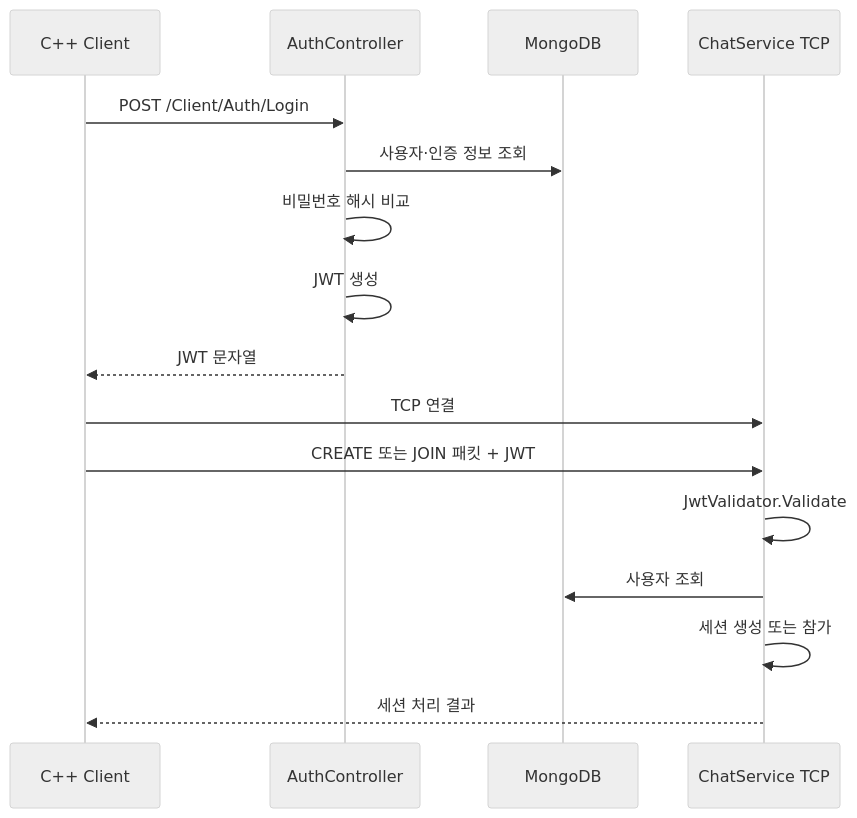
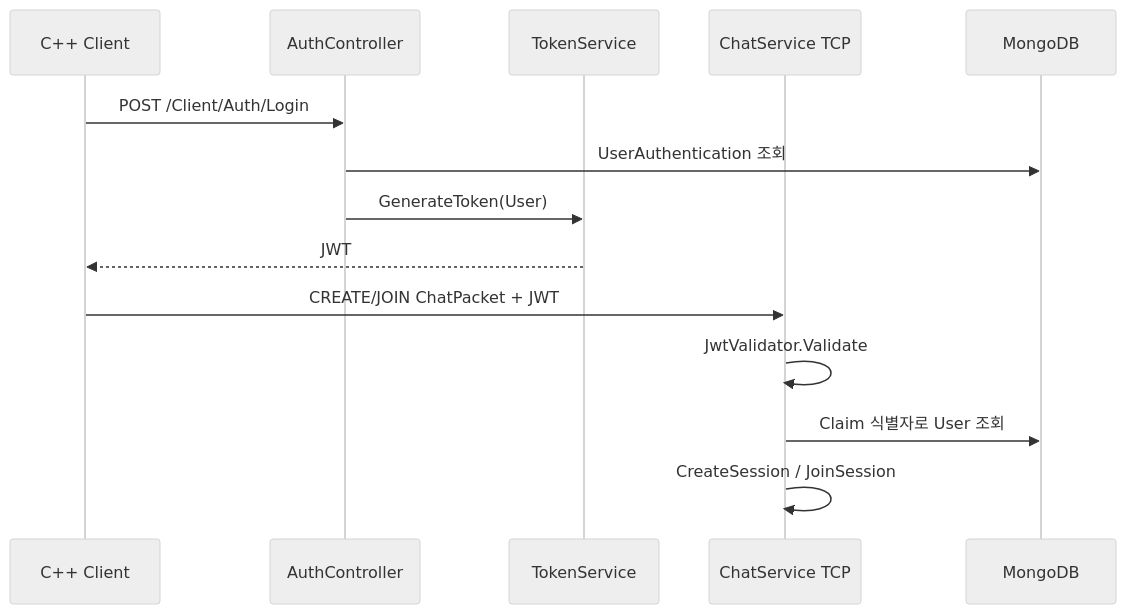
One commit to Jaehyeok-Soh/Jaehyeok-Soh.github.io changed the diagram in _posts/2026-06-24-elden-ring-network-auth.md. Above: the diagram before and after it, drawn with Mermaid (neutral theme). The commit also changed other lines of this file and 13 other files, not shown here.

````diff
--- a/_posts/2026-06-24-elden-ring-network-auth.md
+++ b/_posts/2026-06-24-elden-ring-network-auth.md
@@ -69,20 +42,18 @@
 ```mermaid
 sequenceDiagram
     participant Client as C++ Client
     participant Auth as AuthController
+    participant Token as TokenService
+    participant TCP as ChatService TCP
     participant DB as MongoDB
-    participant TCP as ChatService TCP
 
     Client->>Auth: POST /Client/Auth/Login
-    Auth->>DB: 사용자·인증 정보 조회
-    Auth->>Auth: 비밀번호 해시 비교
-    Auth->>Auth: JWT 생성
-    Auth-->>Client: JWT 문자열
+    Auth->>DB: UserAuthentication 조회
+    Auth->>Token: GenerateToken(User)
+    Token-->>Client: JWT
 
-    Client->>TCP: TCP 연결
-    Client->>TCP: CREATE 또는 JOIN 패킷 + JWT
+    Client->>TCP: CREATE/JOIN ChatPacket + JWT
     TCP->>TCP: JwtValidator.Validate
-    TCP->>DB: 사용자 조회
-    TCP->>TCP: 세션 생성 또는 참가
-    TCP-->>Client: 세션 처리 결과
+    TCP->>DB: Claim 식별자로 User 조회
+    TCP->>TCP: CreateSession / JoinSession
 ```
````
